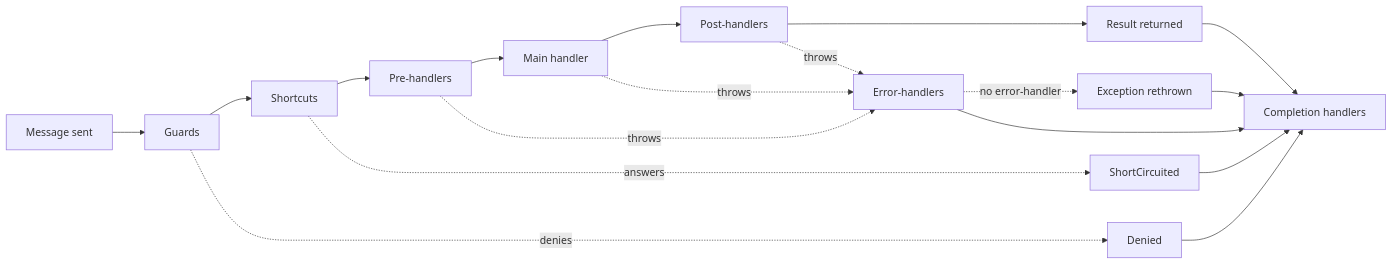
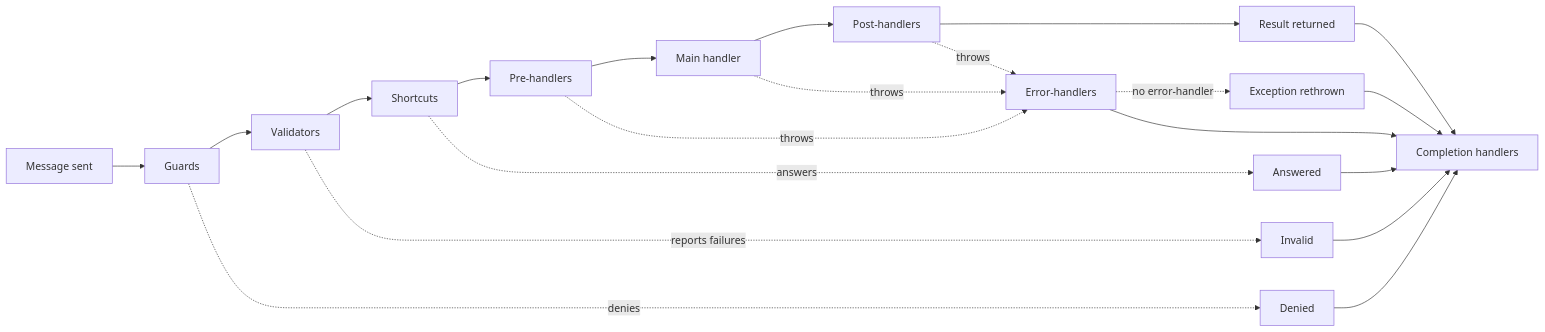
One commit to litenova/LiteBus changed the diagram in site/content/docs/concepts/handler-pipeline.md. Above: the diagram before and after it, drawn with Mermaid. The commit also changed other lines of this file and 26 other files, not shown here.

````diff
--- a/site/content/docs/concepts/handler-pipeline.md
+++ b/site/content/docs/concepts/handler-pipeline.md
@@ -19,20 +20,23 @@
 ```mermaid
 flowchart LR
     A[Message sent] --> G1[Guards]
-    G1 --> S1[Shortcuts]
+    G1 --> V1[Validators]
+    V1 --> S1[Shortcuts]
     S1 --> B[Pre-handlers]
     B --> C[Main handler]
     C --> D[Post-handlers]
     D --> E[Result returned]
     G1 -. denies .-> I[Denied]
-    S1 -. answers .-> J[ShortCircuited]
+    V1 -. reports failures .-> L[Invalid]
+    S1 -. answers .-> J[Answered]
     B -. throws .-> F[Error-handlers]
     C -. throws .-> F
     D -. throws .-> F
     F -. no error-handler .-> K[Exception rethrown]
     E --> H[Completion handlers]
     I --> H
     J --> H
+    L --> H
     F --> H
     K --> H
 ```
````
